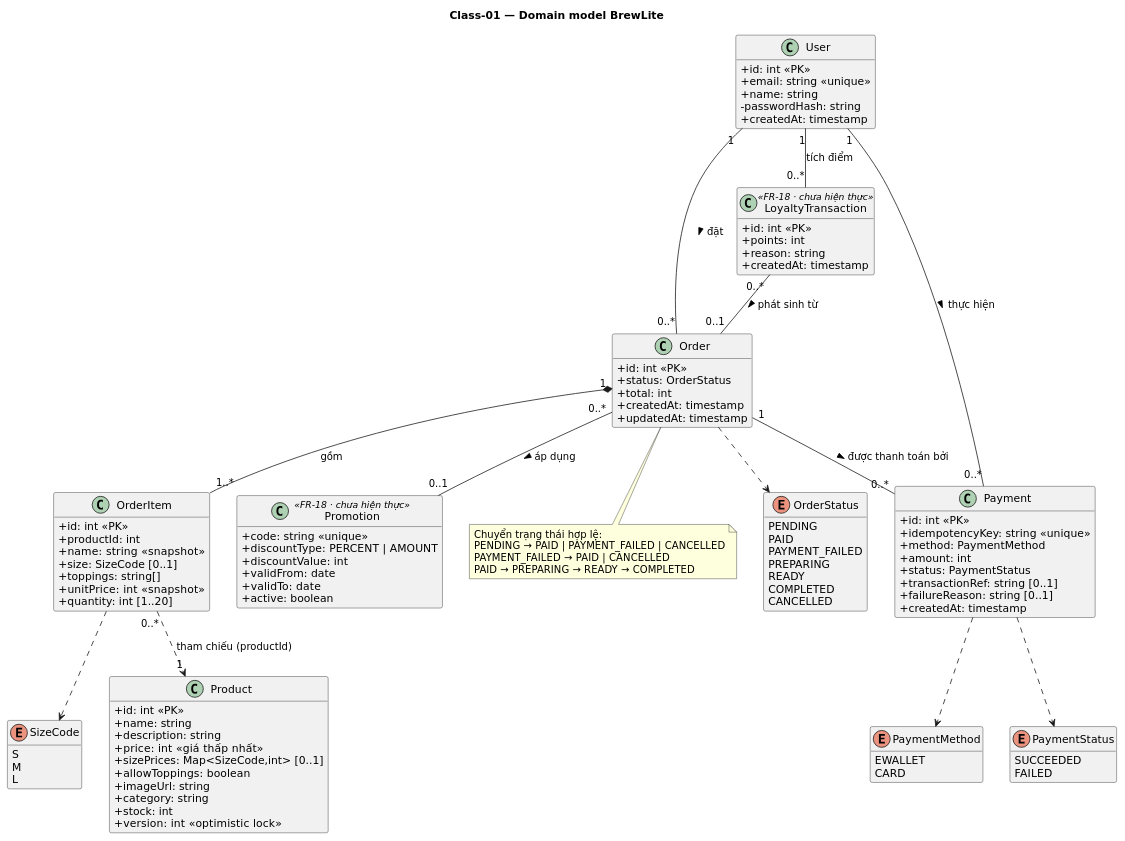
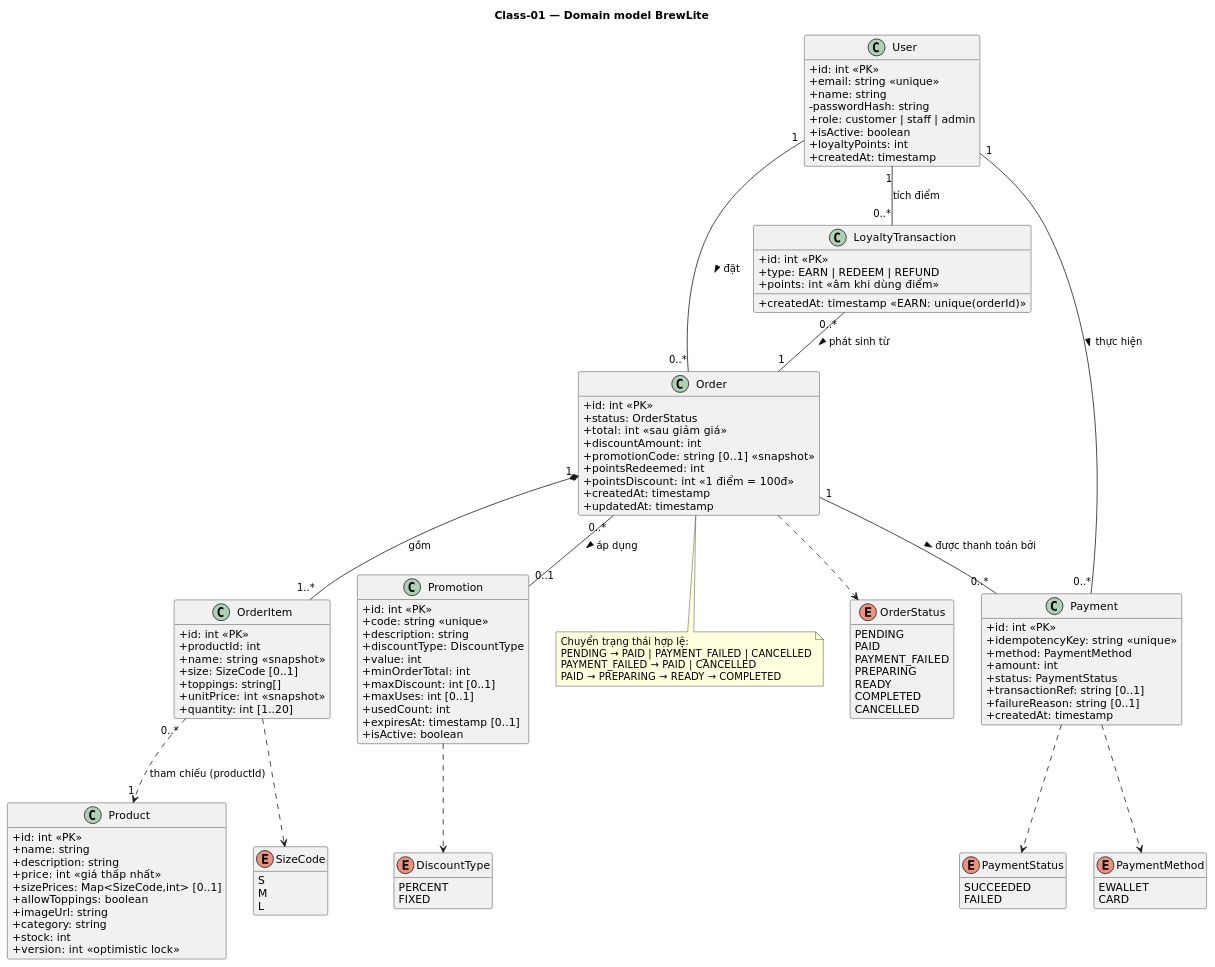
One commit to QT1311/BrewLite changed the diagram in docs/diagrams/class-domain.puml. Above: the diagram before and after it, drawn with PlantUML. The commit also changed 77 other files, not shown here.

```diff
--- a/docs/diagrams/class-domain.puml
+++ b/docs/diagrams/class-domain.puml
@@ -1,111 +1,128 @@
 @startuml ClassDomain
 title Class-01 — Domain model BrewLite
 skinparam shadowing false
 skinparam defaultFontName "DejaVu Sans"
 skinparam classAttributeIconSize 0
 hide empty methods
 
 enum OrderStatus {
   PENDING
   PAID
   PAYMENT_FAILED
   PREPARING
   READY
   COMPLETED
   CANCELLED
 }
 enum PaymentMethod {
   EWALLET
   CARD
 }
 enum PaymentStatus {
   SUCCEEDED
   FAILED
 }
+enum DiscountType {
+  PERCENT
+  FIXED
+}
 enum SizeCode {
   S
   M
   L
 }
 
 class User {
   +id: int <<PK>>
   +email: string <<unique>>
   +name: string
   -passwordHash: string
+  +role: customer | staff | admin
+  +isActive: boolean
+  +loyaltyPoints: int
   +createdAt: timestamp
 }
 class Product {
   +id: int <<PK>>
   +name: string
   +description: string
   +price: int  «giá thấp nhất»
   +sizePrices: Map<SizeCode,int> [0..1]
   +allowToppings: boolean
   +imageUrl: string
   +category: string
   +stock: int
   +version: int  «optimistic lock»
 }
 class Order {
   +id: int <<PK>>
   +status: OrderStatus
-  +total: int
+  +total: int  «sau giảm giá»
+  +discountAmount: int
+  +promotionCode: string [0..1]  «snapshot»
+  +pointsRedeemed: int
+  +pointsDiscount: int  «1 điểm = 100đ»
   +createdAt: timestamp
   +updatedAt: timestamp
 }
 class OrderItem {
   +id: int <<PK>>
   +productId: int
   +name: string  «snapshot»
   +size: SizeCode [0..1]
   +toppings: string[]
   +unitPrice: int  «snapshot»
   +quantity: int [1..20]
 }
 class Payment {
   +id: int <<PK>>
   +idempotencyKey: string <<unique>>
   +method: PaymentMethod
   +amount: int
   +status: PaymentStatus
   +transactionRef: string [0..1]
   +failureReason: string [0..1]
   +createdAt: timestamp
 }
-class Promotion <<FR-18 · chưa hiện thực>> {
+class Promotion {
+  +id: int <<PK>>
   +code: string <<unique>>
-  +discountType: PERCENT | AMOUNT
-  +discountValue: int
-  +validFrom: date
-  +validTo: date
-  +active: boolean
+  +description: string
+  +discountType: DiscountType
+  +value: int
+  +minOrderTotal: int
+  +maxDiscount: int [0..1]
+  +maxUses: int [0..1]
+  +usedCount: int
+  +expiresAt: timestamp [0..1]
+  +isActive: boolean
 }
-class LoyaltyTransaction <<FR-18 · chưa hiện thực>> {
+class LoyaltyTransaction {
   +id: int <<PK>>
-  +points: int
-  +reason: string
-  +createdAt: timestamp
+  +type: EARN | REDEEM | REFUND
+  +points: int  «âm khi dùng điểm»
+  +createdAt: timestamp  «EARN: unique(orderId)»
 }
 
 User "1" -- "0..*" Order : đặt >
 User "1" -- "0..*" Payment : thực hiện >
 Order "1" *-- "1..*" OrderItem : gồm
 Order "1" -- "0..*" Payment : được thanh toán bởi >
 OrderItem "0..*" ..> "1" Product : tham chiếu (productId)
 Order "0..*" -- "0..1" Promotion : áp dụng >
 User "1" -- "0..*" LoyaltyTransaction : tích điểm
-LoyaltyTransaction "0..*" -- "0..1" Order : phát sinh từ >
+LoyaltyTransaction "0..*" -- "1" Order : phát sinh từ >
 
 Order ..> OrderStatus
+Promotion ..> DiscountType
 Payment ..> PaymentMethod
 Payment ..> PaymentStatus
 OrderItem ..> SizeCode
 
 note bottom of Order
   Chuyển trạng thái hợp lệ:
   PENDING → PAID | PAYMENT_FAILED | CANCELLED
   PAYMENT_FAILED → PAID | CANCELLED
   PAID → PREPARING → READY → COMPLETED
 end note
 @enduml
```
